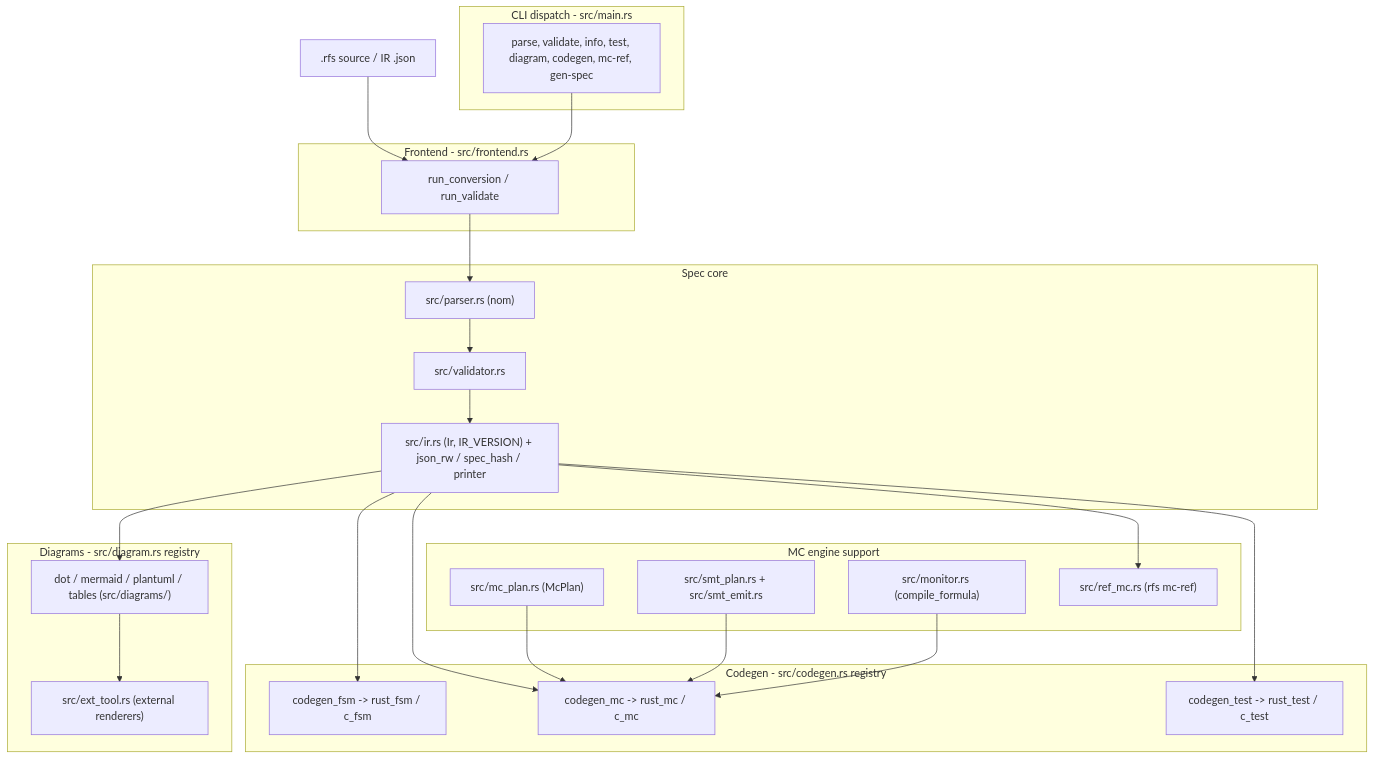
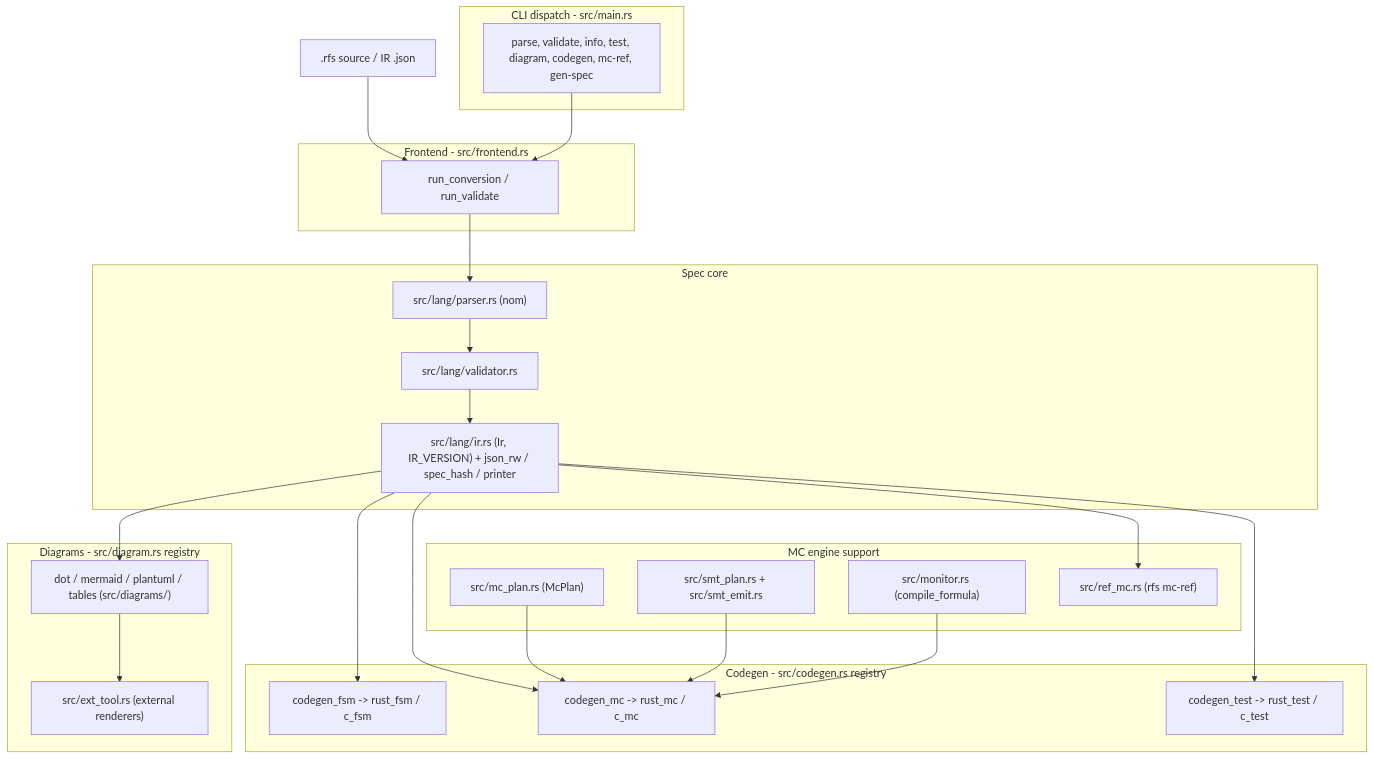
One commit to vasil-sd/RFS changed the first of 2 diagrams in docs/dev/ARCHITECTURE.md. Above: the diagram before and after it, drawn with Mermaid. The commit also changed other lines of this file and 72 other files, not shown here.

````diff
--- a/docs/dev/ARCHITECTURE.md
+++ b/docs/dev/ARCHITECTURE.md
@@ -59,51 +59,51 @@
 ```mermaid
 flowchart TD
     IN[".rfs source / IR .json"]
 
     subgraph CLI["CLI dispatch - src/main.rs"]
         CMD["parse, validate, info, test, diagram, codegen, mc-ref, gen-spec"]
     end
 
     subgraph FE["Frontend - src/frontend.rs"]
         CONV["run_conversion / run_validate"]
     end
 
     subgraph CORE["Spec core"]
-        PARSER["src/parser.rs (nom)"]
-        VALID["src/validator.rs"]
-        IR["src/ir.rs (Ir, IR_VERSION) + json_rw / spec_hash / printer"]
+        PARSER["src/lang/parser.rs (nom)"]
+        VALID["src/lang/validator.rs"]
+        IR["src/lang/ir.rs (Ir, IR_VERSION) + json_rw / spec_hash / printer"]
     end
 
     subgraph GEN["Codegen - src/codegen.rs registry"]
         FSM["codegen_fsm -> rust_fsm / c_fsm"]
         MC["codegen_mc -> rust_mc / c_mc"]
         TEST["codegen_test -> rust_test / c_test"]
     end
 
     subgraph MCE["MC engine support"]
         MCP["src/mc_plan.rs (McPlan)"]
         SMT["src/smt_plan.rs + src/smt_emit.rs"]
         MON["src/monitor.rs (compile_formula)"]
         REF["src/ref_mc.rs (rfs mc-ref)"]
     end
 
     subgraph DIAG["Diagrams - src/diagram.rs registry"]
         PLUG["dot / mermaid / plantuml / tables (src/diagrams/)"]
         EXT["src/ext_tool.rs (external renderers)"]
     end
 
     IN --> CONV
     CMD --> CONV
     CONV --> PARSER
     PARSER --> VALID
     VALID --> IR
     IR --> FSM
     IR --> MC
     IR --> TEST
     IR --> PLUG
     MCP --> MC
     SMT --> MC
     MON --> MC
     IR --> REF
     PLUG --> EXT
 ```
````
